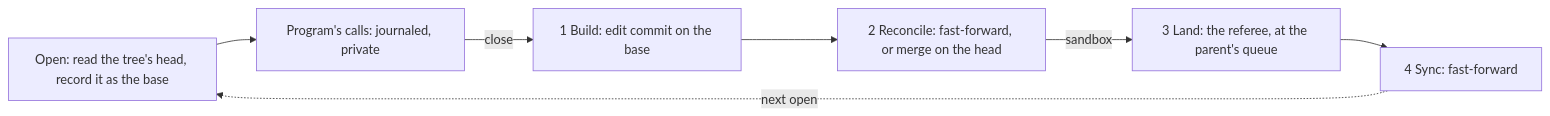
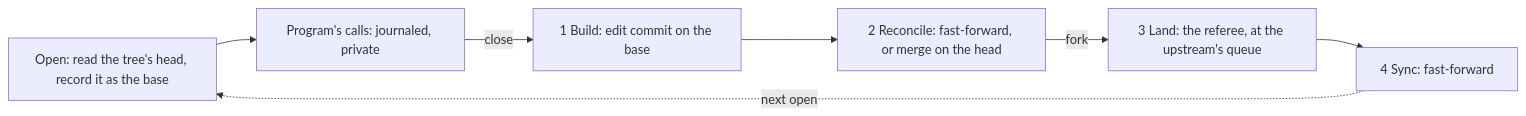
The diagram in docs/target-architecture/snapshot-opens.md (mcurcio/agentfs), drawn with Mermaid before and after one commit. The commit also changed other lines of this file and 20 other files, not shown here.

````diff
--- a/docs/target-architecture/snapshot-opens.md
+++ b/docs/target-architecture/snapshot-opens.md
@@ -41,9 +41,9 @@
 ```mermaid
 flowchart LR
   O["Open: read the tree's head, record it as the base"] --> C["Program's calls: journaled, private"]
   C -->|close| B["1 Build: edit commit on the base"]
   B --> R["2 Reconcile: fast-forward, or merge on the head"]
-  R -->|sandbox| L["3 Land: the referee, at the parent's queue"]
+  R -->|fork| L["3 Land: the referee, at the upstream's queue"]
   L --> S["4 Sync: fast-forward"]
   S -.->|next open| O
 ```
````
